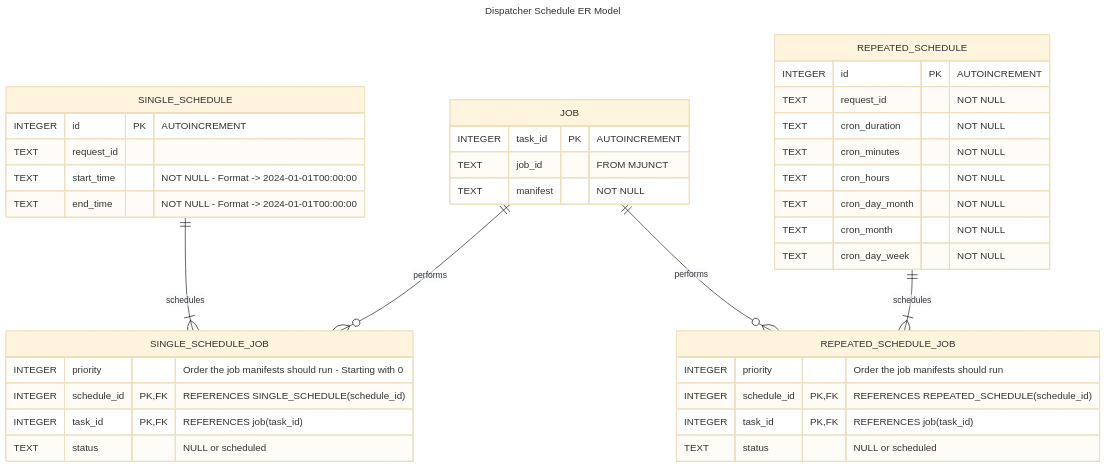
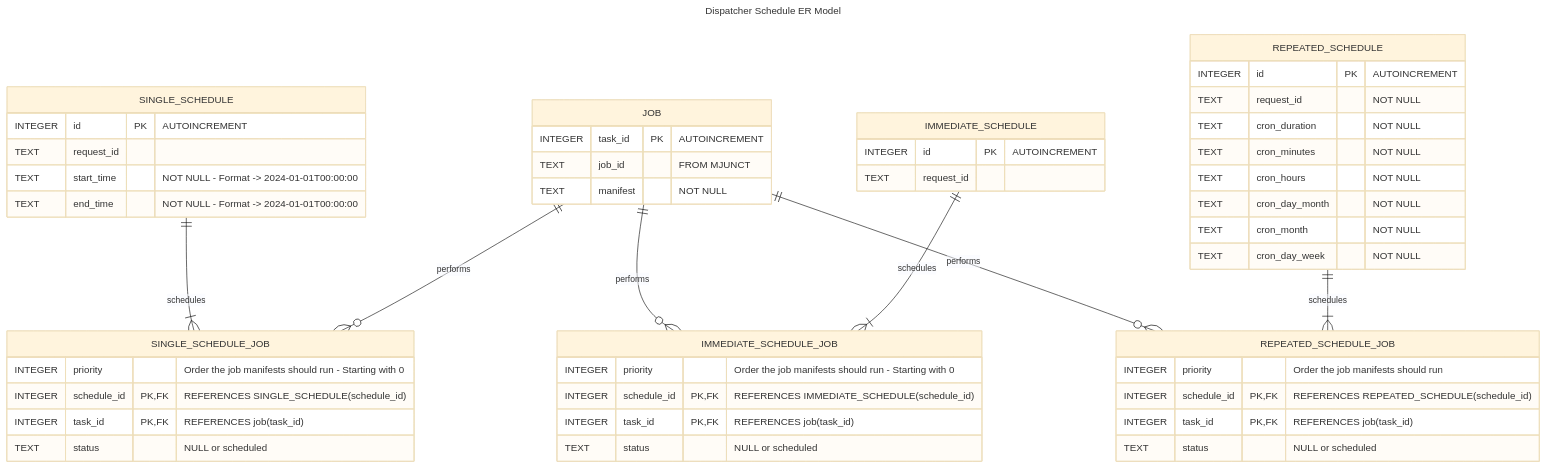
Before and after one commit to intel/intel-inb-manageability: the diagram in docs/Dispatcher Scheduling DB Design.md, drawn with Mermaid (base theme). The commit also changed other lines of this file and 8 other files, not shown here.

````diff
--- a/docs/Dispatcher Scheduling DB Design.md
+++ b/docs/Dispatcher Scheduling DB Design.md
@@ -24,51 +24,65 @@
 ```mermaid
 ---
 
 title: Dispatcher Schedule ER Model
 
 ---
 
 erDiagram
     SINGLE_SCHEDULE ||--|{ SINGLE_SCHEDULE_JOB : schedules
     SINGLE_SCHEDULE_JOB {
         INTEGER priority "Order the job manifests should run - Starting with 0"
         INTEGER schedule_id PK,FK "REFERENCES SINGLE_SCHEDULE(schedule_id)"
         INTEGER task_id PK,FK "REFERENCES job(task_id)"
         TEXT status "NULL or scheduled"
     }
 
+    IMMEDIATE_SCHEDULE {
+        INTEGER id PK "AUTOINCREMENT"
+        TEXT request_id 
+    }
+
     SINGLE_SCHEDULE {
         INTEGER id PK "AUTOINCREMENT"
         TEXT request_id 
         TEXT start_time "NOT NULL - Format -> 2024-01-01T00:00:00"
         TEXT end_time "NOT NULL - Format -> 2024-01-01T00:00:00"
     }
     JOB ||--o{ SINGLE_SCHEDULE_JOB: performs
     JOB ||--o{ REPEATED_SCHEDULE_JOB : performs
+    JOB ||--o{ IMMEDIATE_SCHEDULE_JOB :performs
 
     JOB {
         INTEGER task_id PK "AUTOINCREMENT"
         TEXT job_id "FROM MJUNCT"
         TEXT manifest "NOT NULL"
     }  
     
+    IMMEDIATE_SCHEDULE ||--|{ IMMEDIATE_SCHEDULE_JOB : schedules
+    IMMEDIATE_SCHEDULE_JOB {
+        INTEGER priority "Order the job manifests should run - Starting with 0"
+        INTEGER schedule_id PK,FK "REFERENCES IMMEDIATE_SCHEDULE(schedule_id)"
+        INTEGER task_id PK,FK "REFERENCES job(task_id)"
+        TEXT status "NULL or scheduled"
+    }
+
     REPEATED_SCHEDULE ||--|{ REPEATED_SCHEDULE_JOB : schedules
     REPEATED_SCHEDULE_JOB {
         INTEGER priority "Order the job manifests should run"
         INTEGER schedule_id PK,FK "REFERENCES REPEATED_SCHEDULE(schedule_id)"
         INTEGER task_id PK,FK "REFERENCES job(task_id)"
         TEXT status "NULL or scheduled"
     }
 
     REPEATED_SCHEDULE {
         INTEGER id PK "AUTOINCREMENT"
         TEXT request_id "NOT NULL"
         TEXT cron_duration "NOT NULL"
         TEXT cron_minutes "NOT NULL"
         TEXT cron_hours "NOT NULL"
         TEXT cron_day_month "NOT NULL"
         TEXT cron_month "NOT NULL"
         TEXT cron_day_week "NOT NULL"
     }
     
 ```
````
